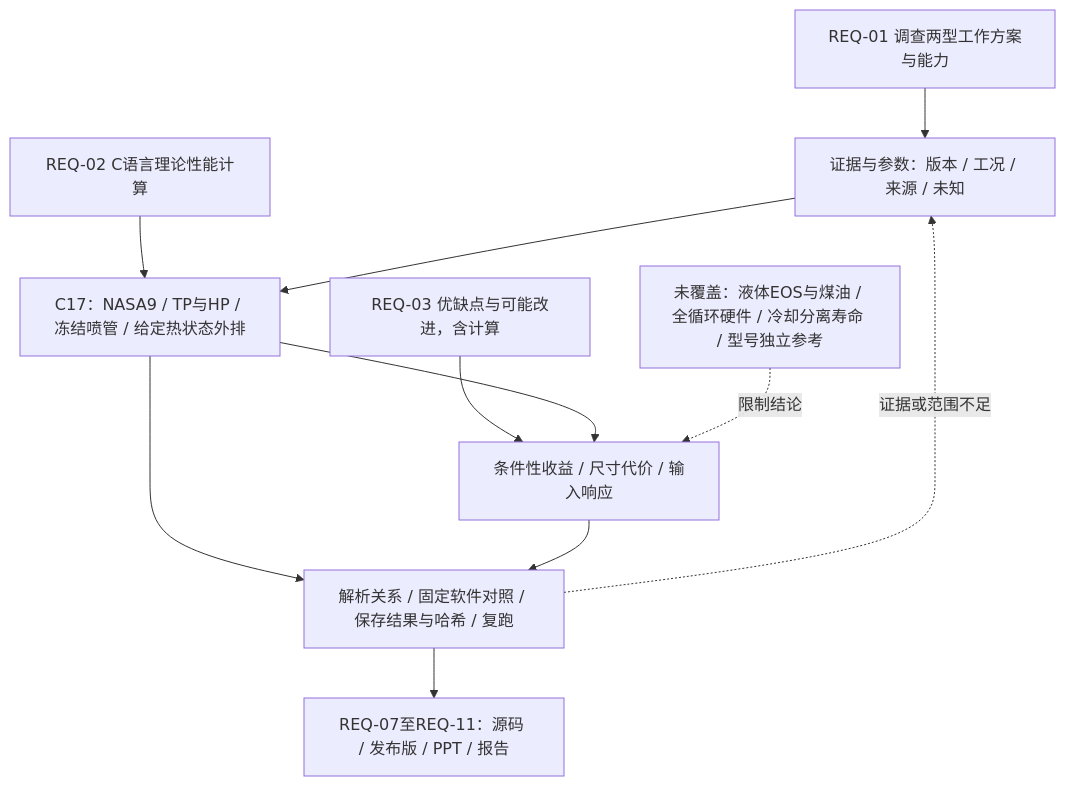
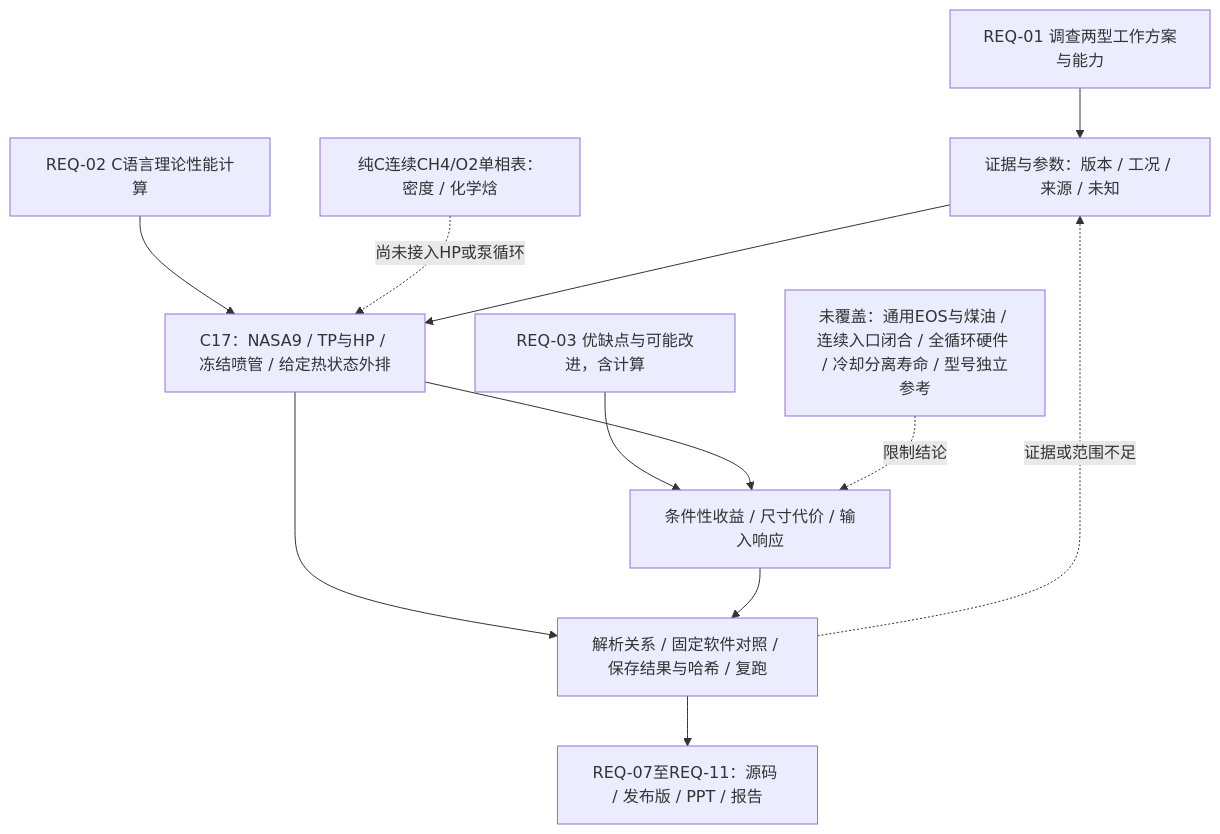
The diagram in docs/architecture/assignment.mmd (2725238326/rocketperf-course-research), drawn with Mermaid before and after one commit. The commit also changed 82 other files, not shown here.

```diff
--- a/docs/architecture/assignment.mmd
+++ b/docs/architecture/assignment.mmd
@@ -1,10 +1,11 @@
 flowchart TD
   A[REQ-01 调查两型工作方案与能力] --> E[证据与参数：版本 / 工况 / 来源 / 未知]
   B[REQ-02 C语言理论性能计算] --> C[C17：NASA9 / TP与HP / 冻结喷管 / 给定热状态外排]
+  L[纯C连续CH4/O2单相表：密度 / 化学焓] -. 尚未接入HP或泵循环 .-> C
   R[REQ-03 优缺点与可能改进，含计算] --> I[条件性收益 / 尺寸代价 / 输入响应]
   E --> C --> I
   C --> V[解析关系 / 固定软件对照 / 保存结果与哈希 / 复跑]
   I --> V
   V --> D[REQ-07至REQ-11：源码 / 发布版 / PPT / 报告]
   V -. 证据或范围不足 .-> E
-  U[未覆盖：液体EOS与煤油 / 全循环硬件 / 冷却分离寿命 / 型号独立参考] -. 限制结论 .-> I
+  U[未覆盖：通用EOS与煤油 / 连续入口闭合 / 全循环硬件 / 冷却分离寿命 / 型号独立参考] -. 限制结论 .-> I
```
